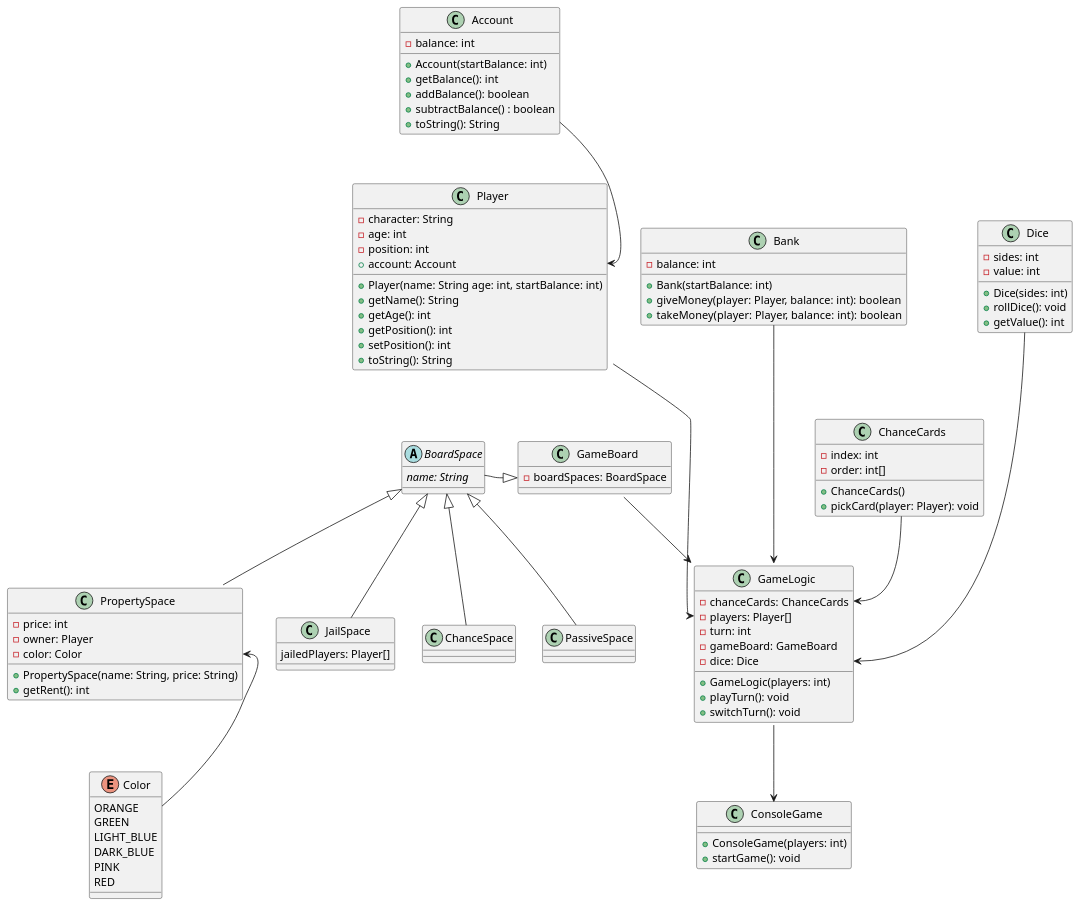
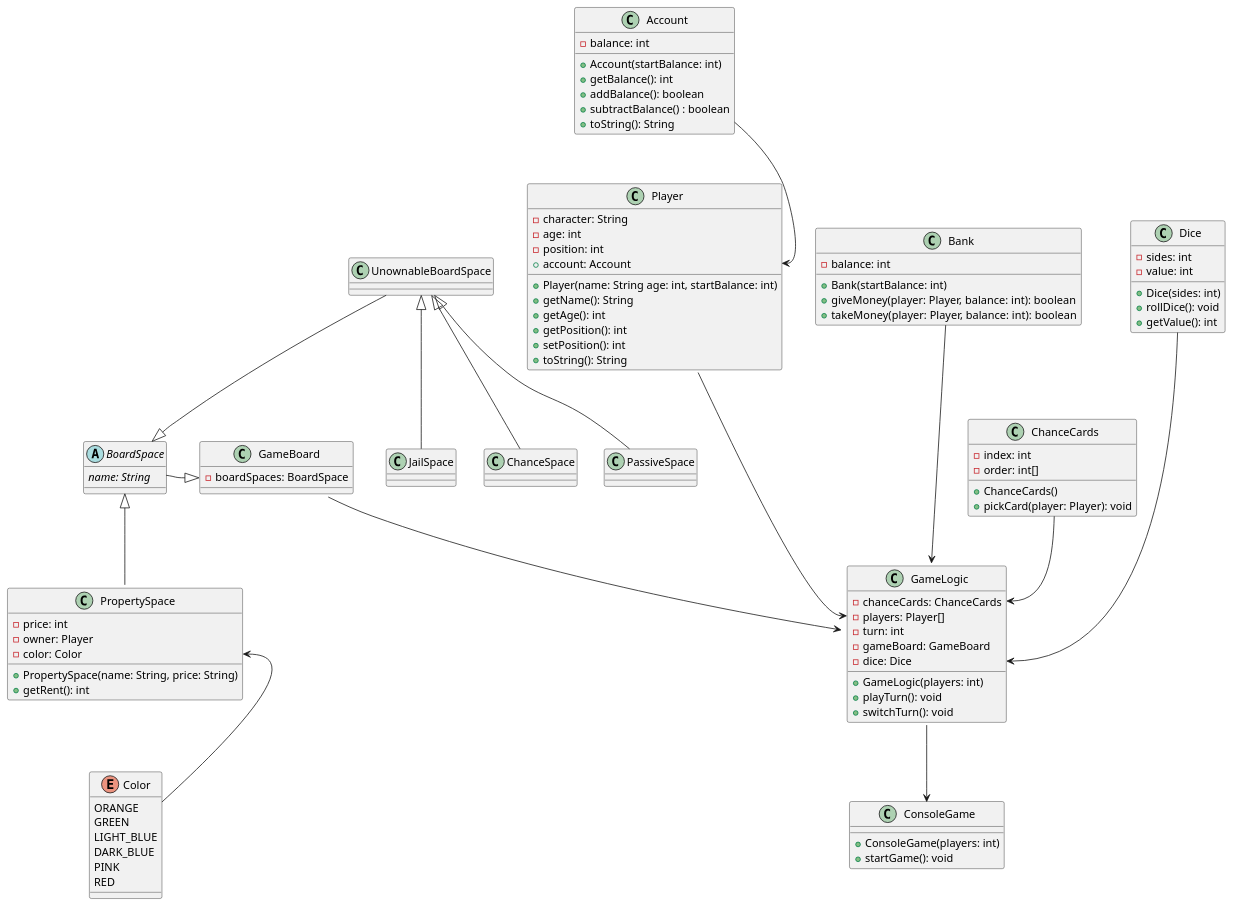
Before and after one commit to CDIO-gruppe-13/CDIO-del.-3: the diagram in diagrams/class_diagram.wsd, drawn with PlantUML. The commit also changed 8 other files, not shown here.

```diff
--- a/diagrams/class_diagram.wsd
+++ b/diagrams/class_diagram.wsd
@@ -1,110 +1,109 @@
 @startuml class_diagram
 class Account {
     - balance: int
     + Account(startBalance: int)
     + getBalance(): int
     + addBalance(): boolean
     + subtractBalance() : boolean
     + toString(): String
 }
 
 class Player {
     - character: String
     - age: int
     - position: int
     + account: Account
     + Player(name: String age: int, startBalance: int)
     + getName(): String
     + getAge(): int
     + getPosition(): int
     + setPosition(): int
     + toString(): String
 }
 
 Account --> Player::account
 
 class Bank {
     - balance: int
     + Bank(startBalance: int)
     + giveMoney(player: Player, balance: int): boolean
     + takeMoney(player: Player, balance: int): boolean
 }
 
 abstract class BoardSpace {
     {abstract} name: String
 }
 
 class PropertySpace {
     - price: int
     - owner: Player
     - color: Color
     + PropertySpace(name: String, price: String)
     + getRent(): int
 }
 
 enum Color {
     ORANGE
     GREEN
     LIGHT_BLUE
     DARK_BLUE
     PINK
     RED
 }
 
-class JailSpace {
-    jailedPlayers: Player[]
-}
+class JailSpace {}
 
 class ChanceSpace {}
 
 class ChanceCards {
     - index: int
     - order: int[]
     + ChanceCards()
     + pickCard(player: Player): void
 }
 
 class GameBoard {
     - boardSpaces: BoardSpace
 }
 
 class Dice {
     - sides: int
     - value: int
     + Dice(sides: int)
     + rollDice(): void
     + getValue(): int
 }
 
 PropertySpace::color <-- Color
 
 BoardSpace <|-- PropertySpace
-BoardSpace <|-- ChanceSpace
-BoardSpace <|-- JailSpace
-BoardSpace <|-- PassiveSpace
+UnownableBoardSpace <|-- ChanceSpace
+UnownableBoardSpace <|-- JailSpace
+UnownableBoardSpace <|-- PassiveSpace
+UnownableBoardSpace --|> BoardSpace
 BoardSpace -|> GameBoard::boardSpaces
 
 class GameLogic {
     - chanceCards: ChanceCards
     - players: Player[]
     - turn: int
     - gameBoard: GameBoard
     - dice: Dice
     + GameLogic(players: int)
     + playTurn(): void
     + switchTurn(): void
 }
 
 ChanceCards --> GameLogic::chanceCards
 Bank ---> GameLogic::bank
 Player ---> GameLogic::players
 Dice ---> GameLogic::dice
 GameBoard --> GameLogic
 
 class ConsoleGame {
     + ConsoleGame(players: int)
     + startGame(): void
 }
 
 GameLogic --> ConsoleGame
 @enduml
```
